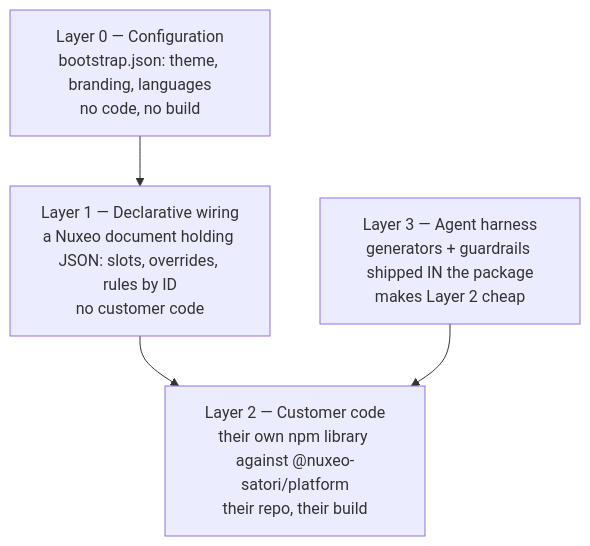
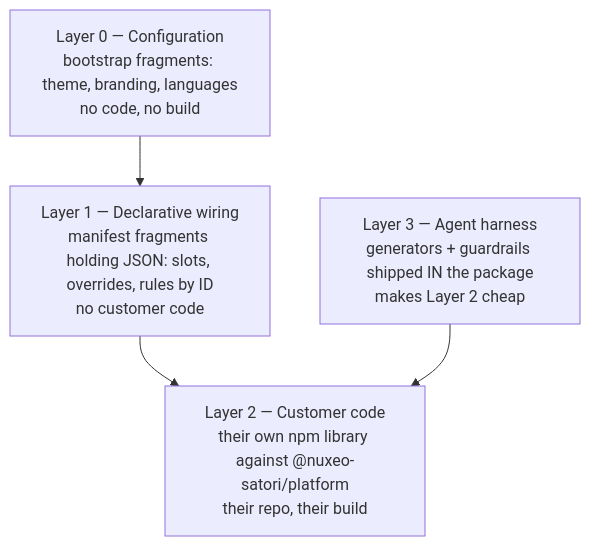
Before and after one commit to nuxeo/agentic-ui-poc: the fifth of 7 diagrams in documentation/30-engineering/02-architecture.md, drawn with Mermaid. The commit also changed other lines of this file and 15 other files, not shown here.

````diff
--- a/documentation/30-engineering/02-architecture.md
+++ b/documentation/30-engineering/02-architecture.md
@@ -228,9 +228,9 @@
 ```mermaid
 flowchart TD
-  L0["Layer 0 — Configuration<br/>bootstrap.json: theme, branding, languages<br/>no code, no build"]
-  L1["Layer 1 — Declarative wiring<br/>a Nuxeo document holding JSON: slots, overrides, rules by ID<br/>no customer code"]
+  L0["Layer 0 — Configuration<br/>bootstrap fragments: theme, branding, languages<br/>no code, no build"]
+  L1["Layer 1 — Declarative wiring<br/>manifest fragments holding JSON: slots, overrides, rules by ID<br/>no customer code"]
   L2["Layer 2 — Customer code<br/>their own npm library against @nuxeo-satori/platform<br/>their repo, their build"]
   L3["Layer 3 — Agent harness<br/>generators + guardrails shipped IN the package<br/>makes Layer 2 cheap"]
   L0 --> L1 --> L2
   L3 --> L2
 ```
````
